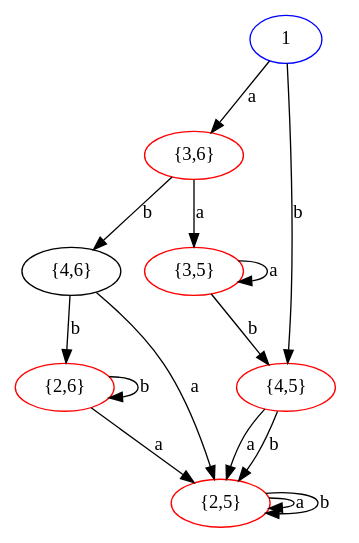
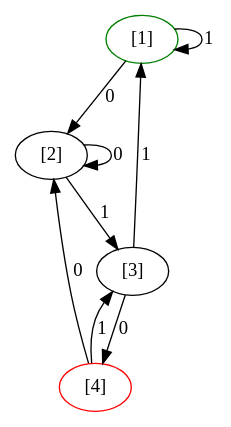
One commit to ChrisChV/Finite_Automata_Class changed the diagram in AutomataDefault.dot. Above: the diagram before and after it, drawn with Graphviz. The commit also changed 7 other files, not shown here.

```diff
--- a/AutomataDefault.dot
+++ b/AutomataDefault.dot
@@ -1,24 +1,15 @@
 digraph{
-0 [label="1"color = "red"];
-0->1 [label="a"];
-0->2 [label="b"];
-5 [label="{2,5}"color = "red"];
-5->5 [label="a"];
-5->5 [label="b"];
-6 [label="{2,6}"color = "red"];
-6->5 [label="a"];
-6->6 [label="b"];
-3 [label="{3,5}"color = "red"];
-3->3 [label="a"];
-3->2 [label="b"];
-1 [label="{3,6}"color = "red"];
-1->3 [label="a"];
-1->4 [label="b"];
-2 [label="{4,5}"color = "red"];
-2->5 [label="a"];
-2->5 [label="b"];
-4 [label="{4,6}"color = "black"];
-4->5 [label="a"];
-4->6 [label="b"];
-0 [label = "1"color = "blue"];
+3 [label="[1]"color = "black"];
+3->3 [label="1"];
+3->2 [label="0"];
+2 [label="[2]"color = "black"];
+2->2 [label="0"];
+2->1 [label="1"];
+1 [label="[3]"color = "black"];
+1->3 [label="1"];
+1->0 [label="0"];
+0 [label="[4]"color = "red"];
+0->2 [label="0"];
+0->1 [label="1"];
+3 [label = "[1]"color = "green"];
 }
```
